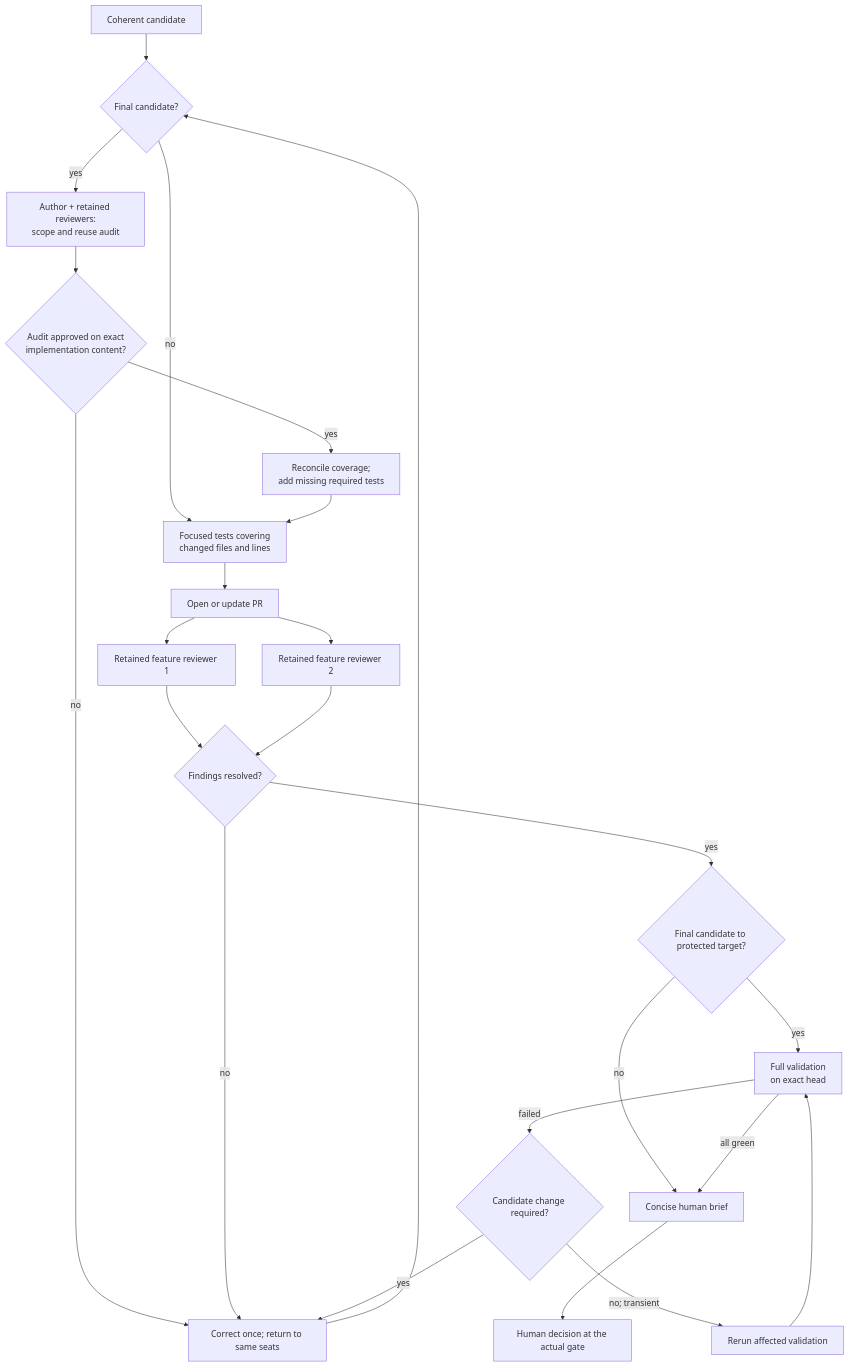
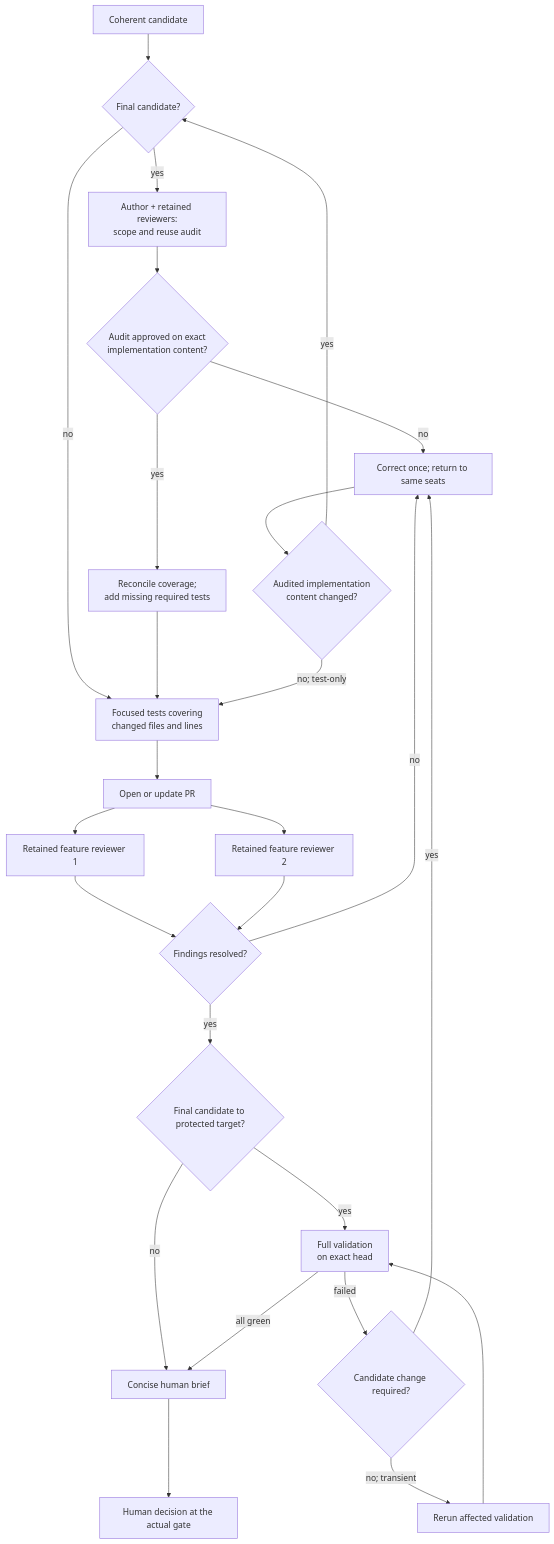
Diagram 11 of 14 in README.md (hhhhhusky777/spec-driven-delivery-playbook), drawn with Mermaid before and after one commit. The commit also changed 2 other files, not shown here.

Commit message:
docs: distinguish implementation and test-only corrections

````diff
--- a/README.md
+++ b/README.md
@@ -505,26 +505,28 @@
 ```mermaid
 flowchart TD
     C["Coherent candidate"] --> E{"Final candidate?"}
     E -->|"yes"| S["Author + retained reviewers:<br/>scope and reuse audit"]
     S --> U{"Audit approved on exact<br/>implementation content?"}
     U -->|"no"| X
     U -->|"yes"| A["Reconcile coverage;<br/>add missing required tests"]
     E -->|"no"| F["Focused tests covering<br/>changed files and lines"]
     A --> F
     F --> P["Open or update PR"]
     P --> R1["Retained feature reviewer 1"]
     P --> R2["Retained feature reviewer 2"]
     R1 --> J{"Findings resolved?"}
     R2 --> J
     J -->|"no"| X["Correct once; return to same seats"]
-    X --> E
+    X --> I{"Audited implementation<br/>content changed?"}
+    I -->|"yes"| E
+    I -->|"no; test-only"| F
     J -->|"yes"| G{"Final candidate to protected target?"}
     G -->|"no"| B["Task PR human brief"]
     G -->|"yes"| V["Full validation<br/>on exact head"]
     V -->|"failed"| D{"Candidate change required?"}
     D -->|"yes"| X
     D -->|"no; transient"| Q["Rerun affected validation"]
     Q --> V
     V -->|"all green"| B["Concise human brief"]
     B --> H["Human decision at the actual gate"]
 ```
````
